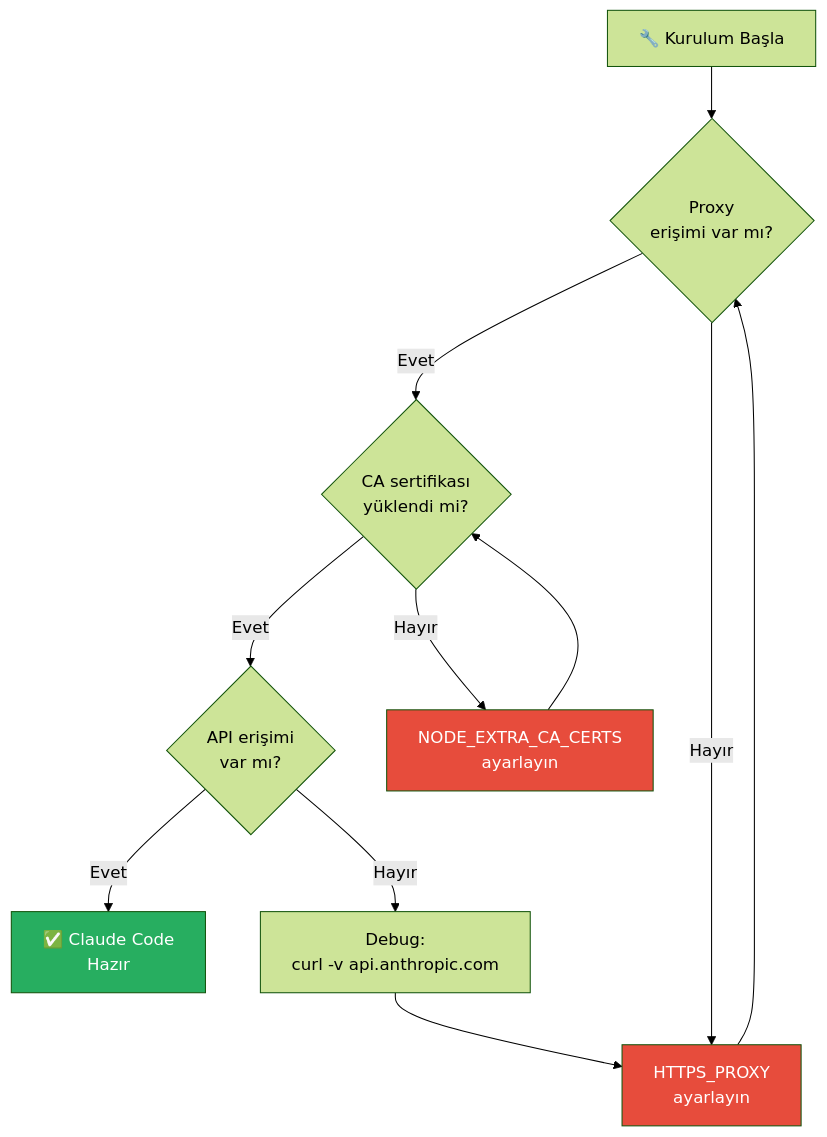
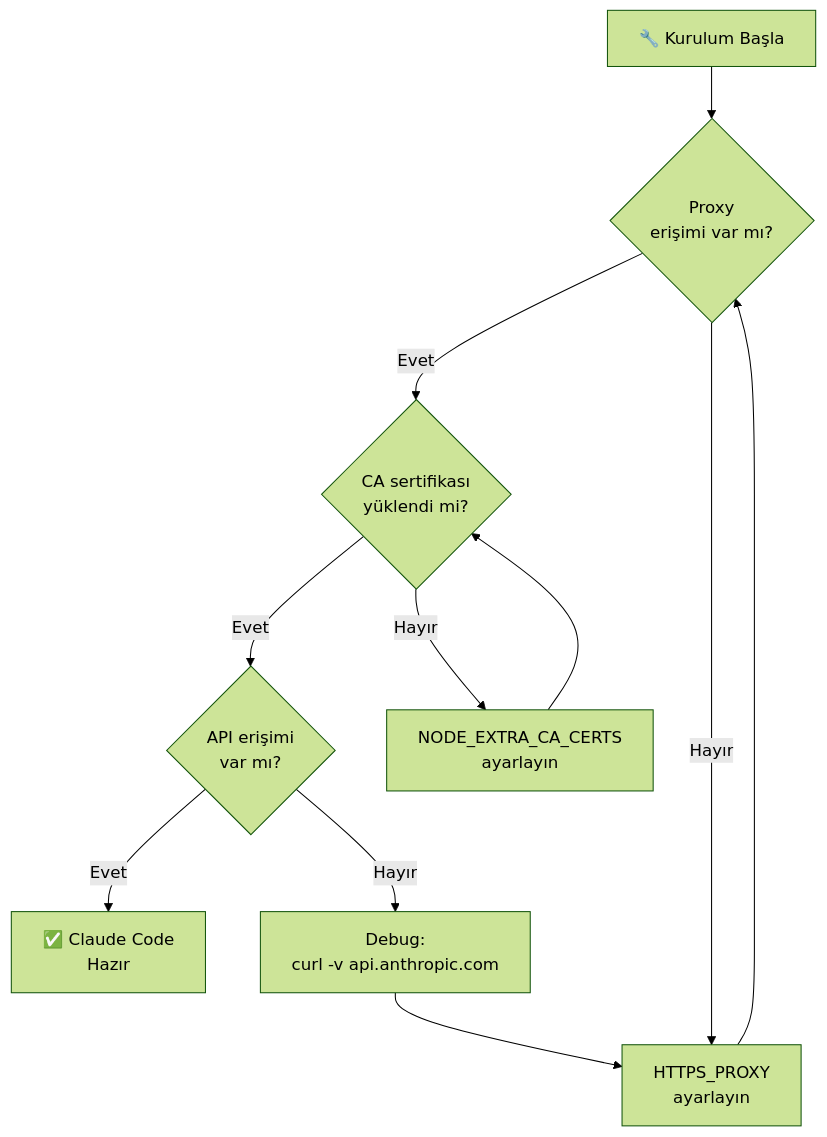
The fourth of 4 diagrams in 18-kurumsal-kullanim/04-ag-ve-proxy-konfigurasyonu.md (IzzetYasinAtes/ClaudeCodeHandbook), drawn with Mermaid (forest theme) before and after one commit. The commit also changed other lines of this file and 97 other files, not shown here.

Commit message:
Remove all custom Mermaid style/fill colors from 98 markdown files for consistent dark theme rendering

````diff
--- a/18-kurumsal-kullanim/04-ag-ve-proxy-konfigurasyonu.md
+++ b/18-kurumsal-kullanim/04-ag-ve-proxy-konfigurasyonu.md
@@ -233,19 +220,16 @@
 ```mermaid
 flowchart TD
     START["🔧 Kurulum Başla"] --> PROXY_CHECK{"Proxy<br/>erişimi var mı?"}
     PROXY_CHECK -->|Evet| CERT_CHECK{"CA sertifikası<br/>yüklendi mi?"}
     PROXY_CHECK -->|Hayır| FIX_PROXY["HTTPS_PROXY<br/>ayarlayın"]
     FIX_PROXY --> PROXY_CHECK
 
     CERT_CHECK -->|Evet| API_CHECK{"API erişimi<br/>var mı?"}
     CERT_CHECK -->|Hayır| FIX_CERT["NODE_EXTRA_CA_CERTS<br/>ayarlayın"]
     FIX_CERT --> CERT_CHECK
 
     API_CHECK -->|Evet| SUCCESS["✅ Claude Code<br/>Hazır"]
     API_CHECK -->|Hayır| DEBUG["Debug:<br/>curl -v api.anthropic.com"]
     DEBUG --> FIX_PROXY
 
-    style SUCCESS fill:#27AE60,color:#fff
-    style FIX_PROXY fill:#E74C3C,color:#fff
-    style FIX_CERT fill:#E74C3C,color:#fff
 ```
````
